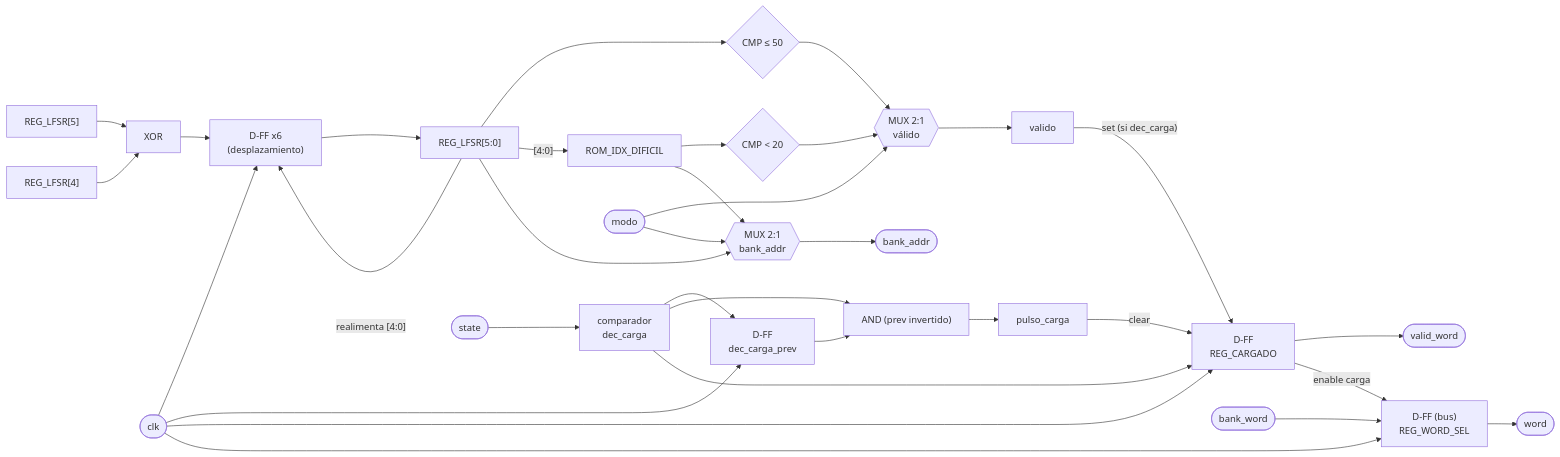
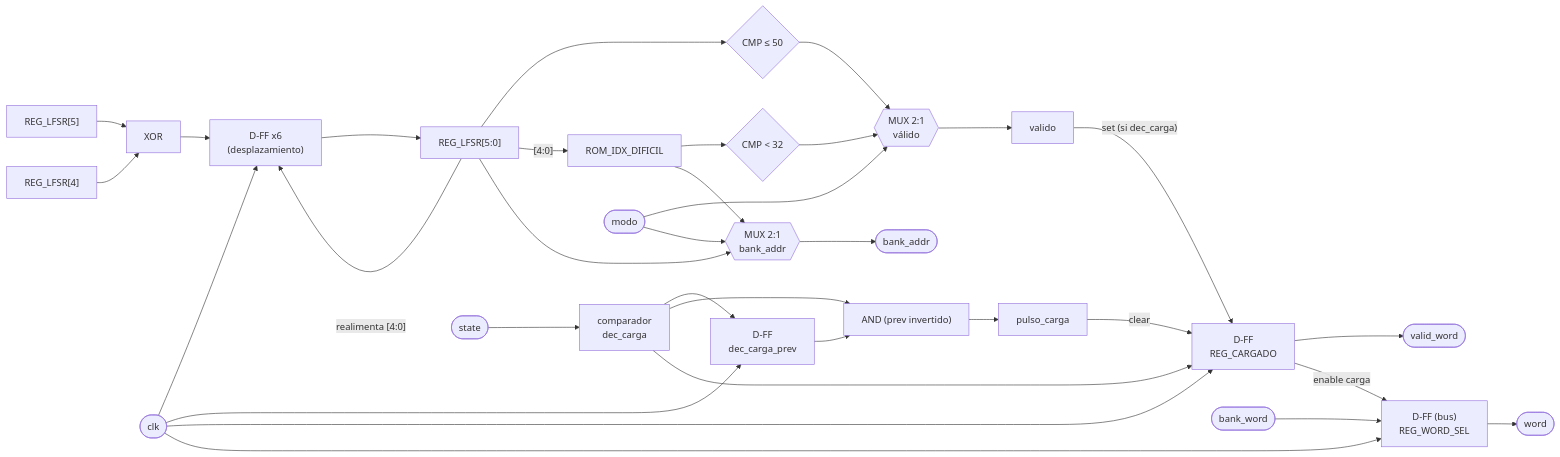
The second of 2 diagrams in docs/diseño/modulos/M08_LFSR.md (Taller-de-diseno-digital-GR01/Proyecto-2-Ahorcado), drawn with Mermaid before and after one commit. The commit also changed other lines of this file and 4 other files, not shown here.

````diff
--- a/docs/diseño/modulos/M08_LFSR.md
+++ b/docs/diseño/modulos/M08_LFSR.md
@@ -225,41 +228,41 @@
 ```mermaid
 flowchart LR
     L5["REG_LFSR[5]"] --> XORF["XOR"]
     L4["REG_LFSR[4]"] --> XORF
     XORF --> DSH["D-FF x6<br/>(desplazamiento)"]
     CLK1(["clk"]) --> DSH
     DSH --> LOUT["REG_LFSR[5:0]"]
     LOUT -->|"realimenta [4:0]"| DSH
 
     STATEIN(["state"]) --> DECC["comparador<br/>dec_carga"]
     DECC --> DCP["D-FF<br/>dec_carga_prev"]
     CLK1 --> DCP
     DECC --> ANDC["AND (prev invertido)"]
     DCP --> ANDC
     ANDC --> PULSOC["pulso_carga"]
 
     LOUT --> CMPF{"CMP ≤ 50"}
     LOUT -->|"[4:0]"| ROMD["ROM_IDX_DIFICIL"]
-    ROMD --> CMPD{"CMP < 20"}
+    ROMD --> CMPD{"CMP < 32"}
 
     MODOIN(["modo"]) --> MUXVAL{{"MUX 2:1<br/>válido"}}
     CMPF --> MUXVAL
     CMPD --> MUXVAL
     MUXVAL --> VALIDO["valido"]
 
     MODOIN --> MUXADDR{{"MUX 2:1<br/>bank_addr"}}
     LOUT --> MUXADDR
     ROMD --> MUXADDR
     MUXADDR --> BANKADDR(["bank_addr"])
 
     PULSOC -->|"clear"| REGC["D-FF<br/>REG_CARGADO"]
     VALIDO -->|"set (si dec_carga)"| REGC
     DECC --> REGC
     CLK1 --> REGC
     REGC --> VALIDWORD(["valid_word"])
     REGC -->|"enable carga"| REGSEL["D-FF (bus)<br/>REG_WORD_SEL"]
     CLK1 --> REGSEL
 
     BANKWORD(["bank_word"]) --> REGSEL
     REGSEL --> WORDOUT(["word"])
 ```
````
